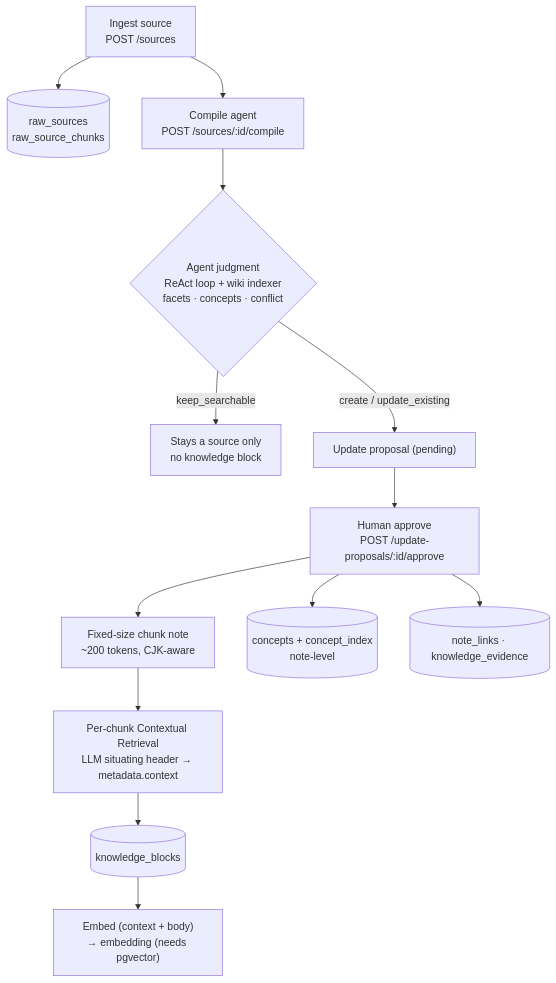
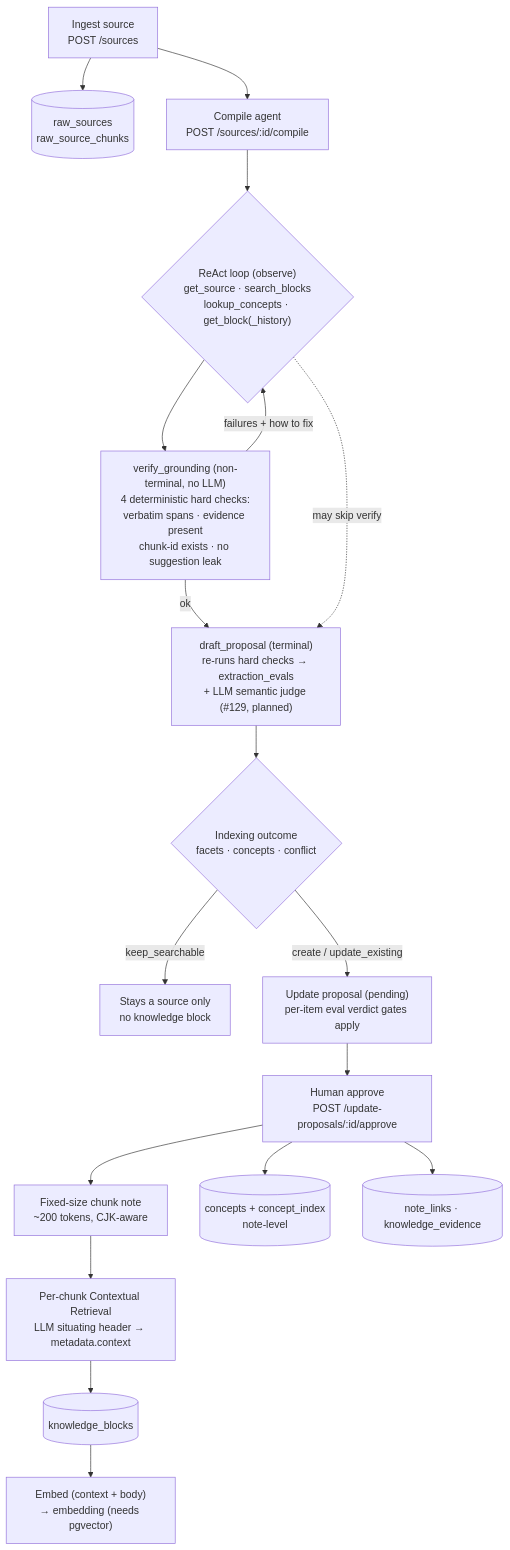
Before and after one commit to jhowliu/knowledge-compiler: the first of 2 diagrams in README.md, drawn with Mermaid. The commit also changed other lines of this file, not shown here.

First line of the commit message:
docs: update compile flow diagram for verify_grounding harness

````diff
--- a/README.md
+++ b/README.md
@@ -136,15 +140,20 @@
 ```mermaid
 flowchart TD
   ING["Ingest source<br/>POST /sources"] --> RS[("raw_sources<br/>raw_source_chunks")]
   ING --> CMP["Compile agent<br/>POST /sources/:id/compile"]
-  CMP --> J{"Agent judgment<br/>ReAct loop + wiki indexer<br/>facets · concepts · conflict"}
+  CMP --> LOOP{"ReAct loop (observe)<br/>get_source · search_blocks<br/>lookup_concepts · get_block(_history)"}
+  LOOP --> VG["verify_grounding (non-terminal, no LLM)<br/>4 deterministic hard checks:<br/>verbatim spans · evidence present<br/>chunk-id exists · no suggestion leak"]
+  VG -->|failures + how to fix| LOOP
+  VG -->|ok| DP["draft_proposal (terminal)<br/>re-runs hard checks → extraction_evals<br/>+ LLM semantic judge (#129, planned)"]
+  LOOP -.->|may skip verify| DP
+  DP --> J{"Indexing outcome<br/>facets · concepts · conflict"}
   J -->|keep_searchable| KS["Stays a source only<br/>no knowledge block"]
-  J -->|create / update_existing| PROP["Update proposal (pending)"]
+  J -->|create / update_existing| PROP["Update proposal (pending)<br/>per-item eval verdict gates apply"]
   PROP --> APR["Human approve<br/>POST /update-proposals/:id/approve"]
   APR --> CH["Fixed-size chunk note<br/>~200 tokens, CJK-aware"]
   CH --> CTX["Per-chunk Contextual Retrieval<br/>LLM situating header → metadata.context"]
   CTX --> KB[("knowledge_blocks")]
   KB --> EMB["Embed (context + body)<br/>→ embedding (needs pgvector)"]
   APR --> CI[("concepts + concept_index<br/>note-level")]
   APR --> NL[("note_links · knowledge_evidence")]
 ```
````
